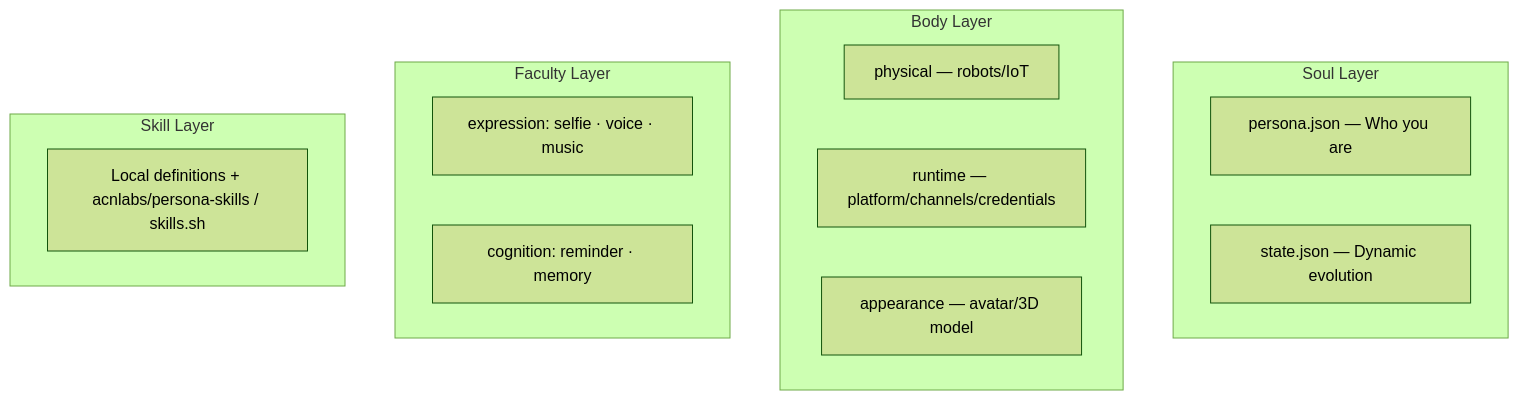
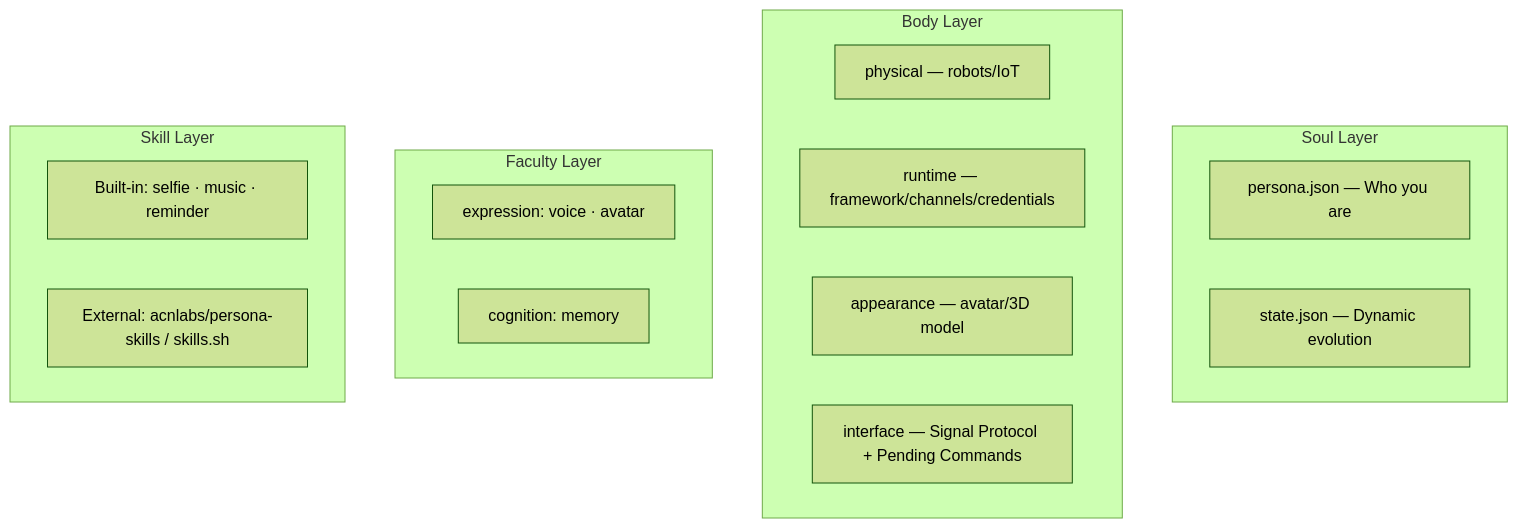
The diagram in README.md (ACNet-AI/OpenPersona), drawn with Mermaid (forest theme) before and after one commit. The commit also changed other lines of this file and 2 other files, not shown here.

First line of the commit message:
docs: align README, ROADMAP, SKILL.md with 4+5+3 architecture (P22)

````diff
--- a/README.md
+++ b/README.md
@@ -75,19 +75,21 @@
 ```mermaid
 flowchart TB
   subgraph Soul ["Soul Layer"]
     A["persona.json — Who you are"]
     B["state.json — Dynamic evolution"]
   end
   subgraph Body ["Body Layer"]
     C["physical — robots/IoT"]
-    G["runtime — platform/channels/credentials"]
+    G["runtime — framework/channels/credentials"]
     H["appearance — avatar/3D model"]
+    I["interface — Signal Protocol + Pending Commands"]
   end
   subgraph Faculty ["Faculty Layer"]
-    D["expression: selfie · voice · music"]
-    E["cognition: reminder · memory"]
+    D["expression: voice · avatar"]
+    E["cognition: memory"]
   end
   subgraph Skill ["Skill Layer"]
-    F["Local definitions + acnlabs/persona-skills / skills.sh"]
+    F["Built-in: selfie · music · reminder"]
+    K["External: acnlabs/persona-skills / skills.sh"]
   end
 ```
````
